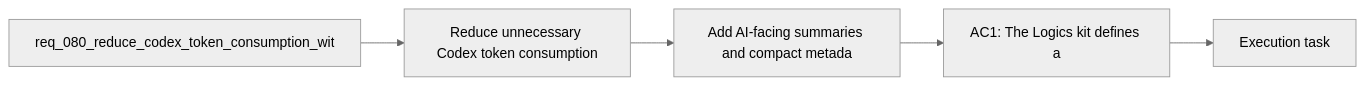
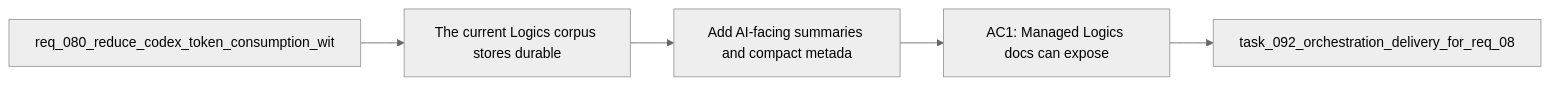
Before and after one commit to AlexAgo83/logics-manager: the diagram in logics/backlog/item_104_add_ai_facing_summaries_and_compact_metadata_to_managed_logics_docs.md, drawn with Mermaid (neutral theme). The commit also changed 481 other files, not shown here.

````diff
--- a/logics/backlog/item_104_add_ai_facing_summaries_and_compact_metadata_to_managed_logics_docs.md
+++ b/logics/backlog/item_104_add_ai_facing_summaries_and_compact_metadata_to_managed_logics_docs.md
@@ -28,9 +28,9 @@
 ```mermaid
 %% logics-kind: backlog
 %% logics-signature: backlog|add-ai-facing-summaries-and-compact-meta|req-080-reduce-codex-token-consumption-w|the-current-logics-corpus-stores-durable|ac1-managed-logics-docs-can-expose
 flowchart LR
-    Request[req_080_reduce_codex_token_consumption_wit] --> Problem[Reduce unnecessary Codex token consumption]
+    Request[req_080_reduce_codex_token_consumption_wit] --> Problem[The current Logics corpus stores durable]
     Problem --> Scope[Add AI-facing summaries and compact metada]
-    Scope --> Acceptance[AC1: The Logics kit defines a]
-    Acceptance --> Tasks[Execution task]
+    Scope --> Acceptance[AC1: Managed Logics docs can expose]
+    Acceptance --> Tasks[task_092_orchestration_delivery_for_req_08]
 ```
````
